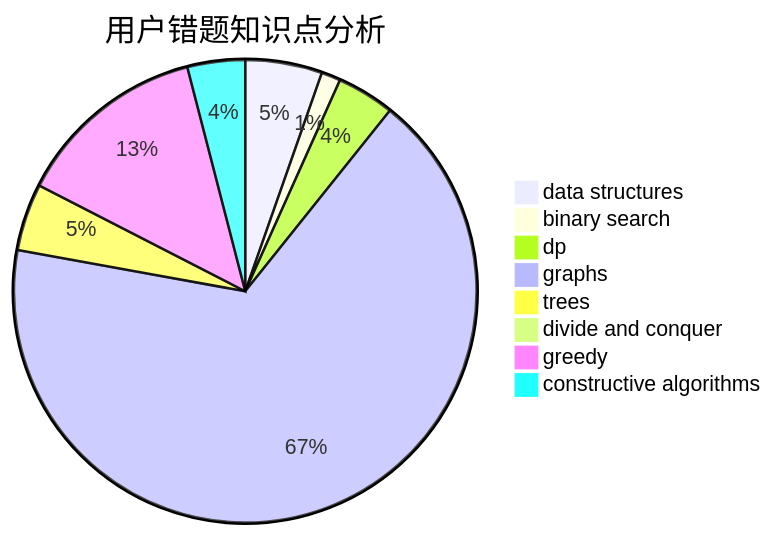
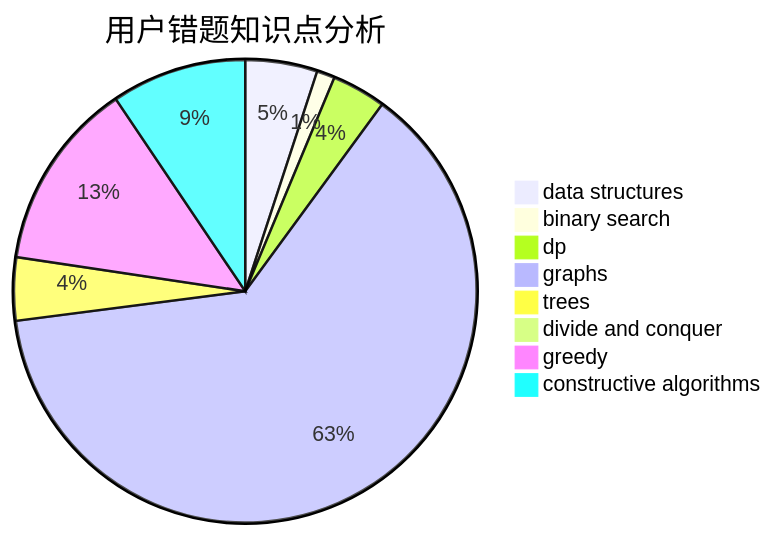
Before and after one commit to sherpahu/cfrs.github.io: the third of 3 diagrams in docs/user/u2385.md, drawn with Mermaid. The commit also changed other lines of this file and 2770 other files, not shown here.

````diff
--- a/docs/user/u2385.md
+++ b/docs/user/u2385.md
@@ -36,11 +36,11 @@
 ```mermaid
 pie title 用户错题知识点分析
     "data structures" :  8
     "binary search" :  2
     "dp" :  6
     "graphs" :  100
     "trees" :  7
     "divide and conquer" :  0
-    "greedy" :  20
-    "constructive algorithms" :  6
+    "greedy" :  21
+    "constructive algorithms" :  15
 ```
````
